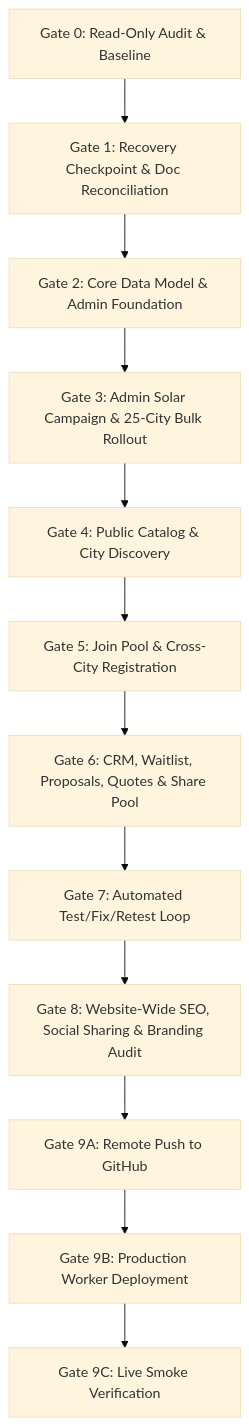
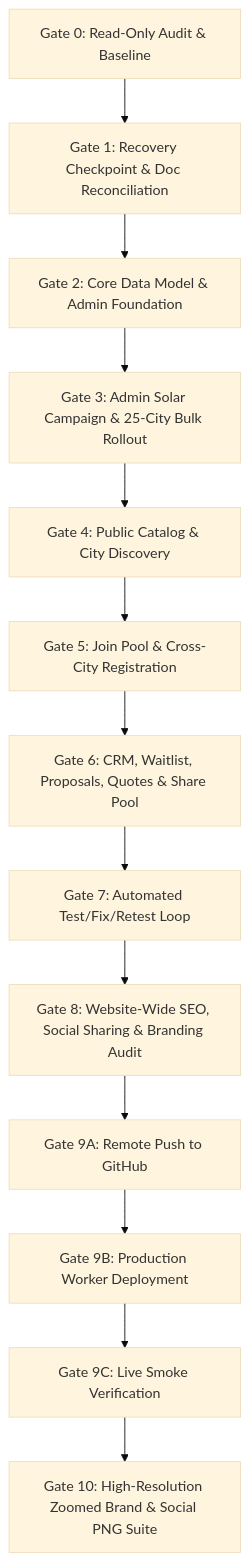
Before and after one commit to iamvimalsingh/poolbuy-india: the diagram in docs/IMPLEMENTATION_PLAN.md, drawn with Mermaid (base theme). The commit also changed other lines of this file and 20 other files, not shown here.

Commit message:
feat(branding): zoom and crop favicon & logo to high-res PNG and deploy OpenGraph preview card

````diff
--- a/docs/IMPLEMENTATION_PLAN.md
+++ b/docs/IMPLEMENTATION_PLAN.md
@@ -13,14 +13,15 @@
 ```mermaid
 flowchart TD
     G0["Gate 0: Read-Only Audit & Baseline"] --> G1["Gate 1: Recovery Checkpoint & Doc Reconciliation"]
     G1 --> G2["Gate 2: Core Data Model & Admin Foundation"]
     G2 --> G3["Gate 3: Admin Solar Campaign & 25-City Bulk Rollout"]
     G3 --> G4["Gate 4: Public Catalog & City Discovery"]
     G4 --> G5["Gate 5: Join Pool & Cross-City Registration"]
     G5 --> G6["Gate 6: CRM, Waitlist, Proposals, Quotes & Share Pool"]
     G6 --> G7["Gate 7: Automated Test/Fix/Retest Loop"]
     G7 --> G8["Gate 8: Website-Wide SEO, Social Sharing & Branding Audit"]
     G8 --> G9A["Gate 9A: Remote Push to GitHub"]
     G9A --> G9B["Gate 9B: Production Worker Deployment"]
     G9B --> G9C["Gate 9C: Live Smoke Verification"]
+    G9C --> G10["Gate 10: High-Resolution Zoomed Brand & Social PNG Suite"]
 ```
````
